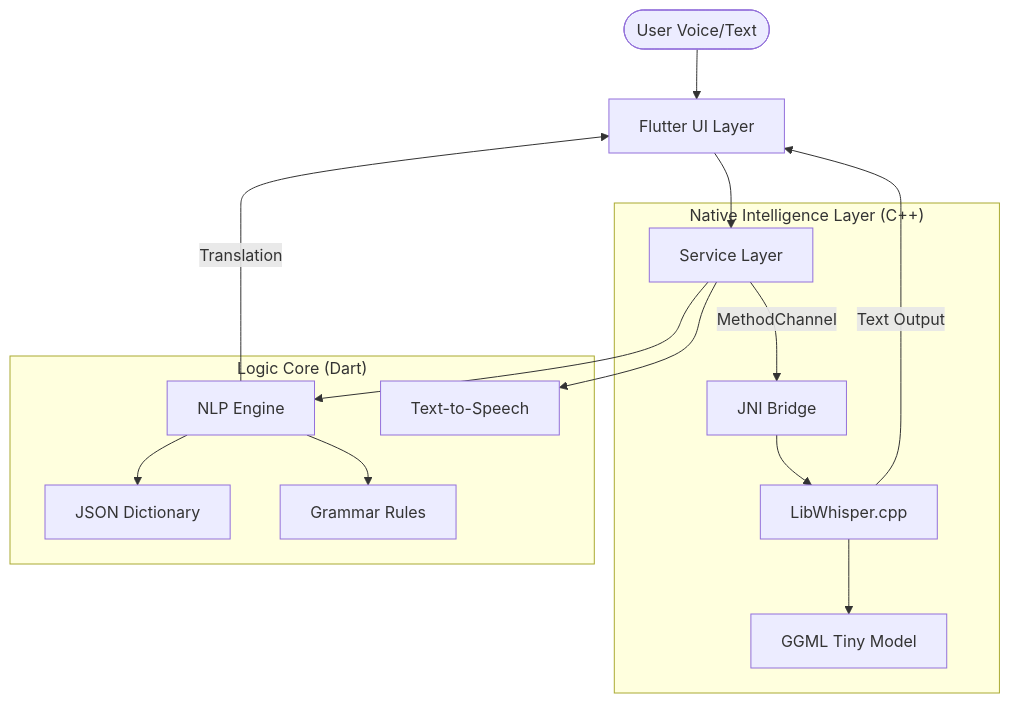
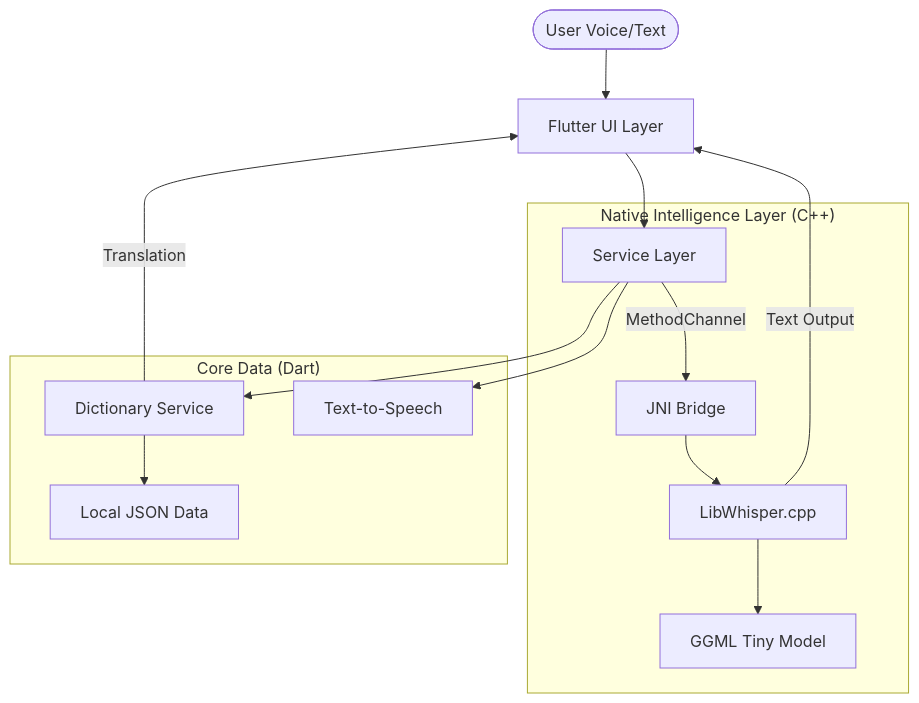
The diagram in README.md (sathiyatskrj/Speechmate), drawn with Mermaid before and after one commit. The commit also changed other lines of this file, not shown here.

Commit message:
docs: update README with accurate features, stack, and architecture

````diff
--- a/README.md
+++ b/README.md
@@ -106,21 +105,20 @@
 ```mermaid
 graph TD
     User([User Voice/Text]) --> UI[Flutter UI Layer]
     UI --> Service[Service Layer]
     
     subgraph "Native Intelligence Layer (C++)"
         Service --> |MethodChannel| Bridge[JNI Bridge]
         Bridge --> Whisper[LibWhisper.cpp]
         Whisper --> Model[GGML Tiny Model]
     end
     
-    subgraph "Logic Core (Dart)"
-        Service --> NLP[NLP Engine]
-        NLP --> Dict[JSON Dictionary]
-        NLP --> Grammar[Grammar Rules]
+    subgraph "Core Data (Dart)"
+        Service --> DictService[Dictionary Service]
+        DictService --> JSON[Local JSON Data]
         Service --> TTS[Text-to-Speech]
     end
     
     Whisper --> |Text Output| UI
-    NLP --> |Translation| UI
+    DictService --> |Translation| UI
 ```
````
